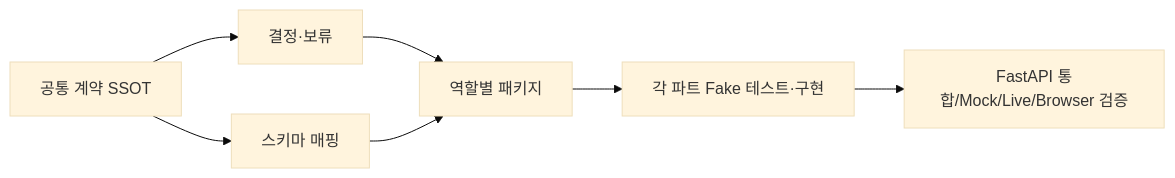
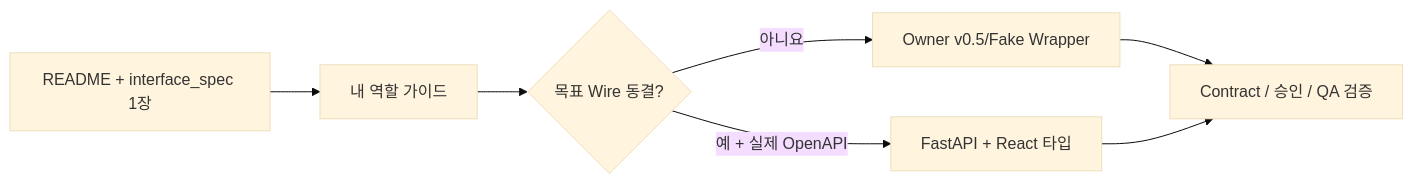
The diagram in docs/contracts/README.md (taemin050-sys/project-it-tem), drawn with Mermaid (base theme) before and after one commit. The commit also changed other lines of this file and 18 other files, not shown here.

````diff
--- a/docs/contracts/README.md
+++ b/docs/contracts/README.md
@@ -16,9 +19,9 @@
 ```mermaid
 flowchart LR
-    A["공통 계약 SSOT"] --> B["결정·보류"]
-    A --> C["스키마 매핑"]
-    B --> D["역할별 패키지"]
-    C --> D
-    D --> E["각 파트 Fake 테스트·구현"]
-    E --> F["FastAPI 통합/Mock/Live/Browser 검증"]
+    A["README + interface_spec 1장"] --> B["내 역할 가이드"]
+    B --> C{"목표 Wire 동결?"}
+    C -->|"아니요"| D["Owner v0.5/Fake Wrapper"]
+    C -->|"예 + 실제 OpenAPI"| E["FastAPI + React 타입"]
+    D --> F["Contract / 승인 / QA 검증"]
+    E --> F
 ```
````
